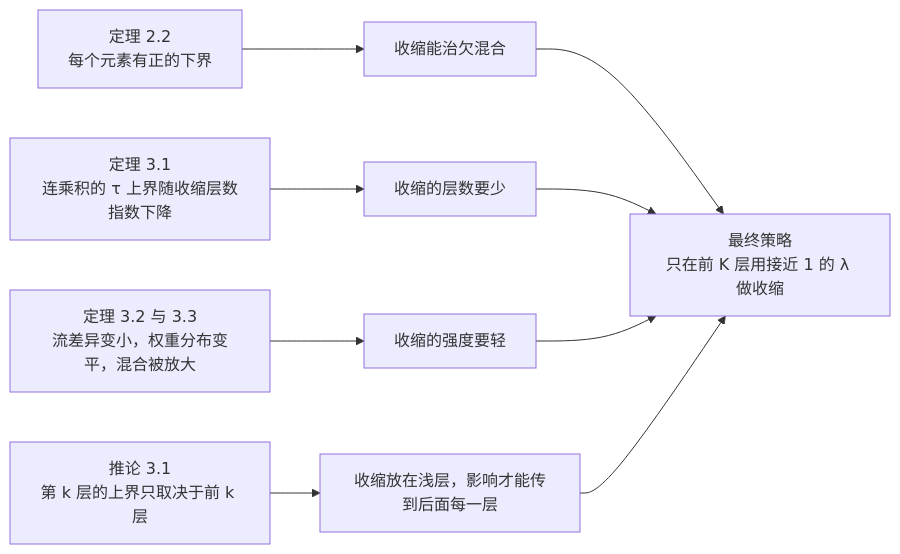
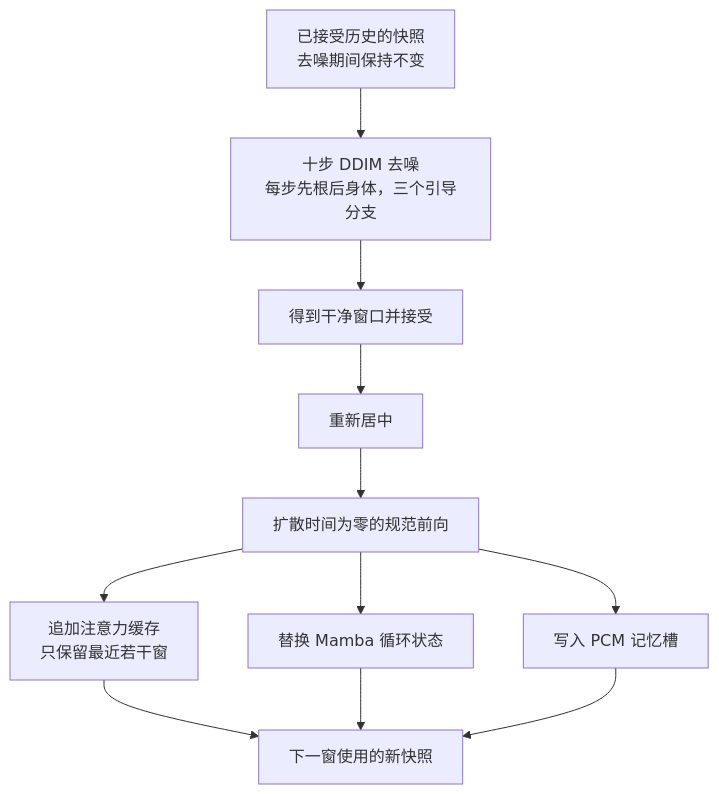
Before and after one commit to yingwang/paper-reads: the fourth of 4 diagrams in docs/index.md, drawn with Mermaid. The commit also changed other lines of this file and 2 other files, not shown here.

First line of the commit message:
Add 2026-11-24-motion-mamba-2-autoregressive-diffusion-mamba-humanoid-control

````diff
--- a/docs/index.md
+++ b/docs/index.md
@@ -159,11 +177,13 @@
 ```mermaid
-flowchart LR
-    T1["定理 2.2<br/>每个元素有正的下界"] --> G1["收缩能治欠混合"]
-    T2["定理 3.1<br/>连乘积的 τ 上界随收缩层数指数下降"] --> G2["收缩的层数要少"]
-    T3["定理 3.2 与 3.3<br/>流差异变小，权重分布变平，混合被放大"] --> G3["收缩的强度要轻"]
-    T4["推论 3.1<br/>第 k 层的上界只取决于前 k 层"] --> G4["收缩放在浅层，影响才能传到后面每一层"]
-    G1 --> P["最终策略<br/>只在前 K 层用接近 1 的 λ 做收缩"]
-    G2 --> P
-    G3 --> P
-    G4 --> P
+flowchart TB
+    M0["已接受历史的快照<br/>去噪期间保持不变"] --> DN["十步 DDIM 去噪<br/>每步先根后身体，三个引导分支"]
+    DN --> ACC["得到干净窗口并接受"]
+    ACC --> RC["重新居中"]
+    RC --> CP["扩散时间为零的规范前向"]
+    CP --> U1["追加注意力缓存<br/>只保留最近若干窗"]
+    CP --> U2["替换 Mamba 循环状态"]
+    CP --> U3["写入 PCM 记忆槽"]
+    U1 --> M1["下一窗使用的新快照"]
+    U2 --> M1
+    U3 --> M1
 ```
````
